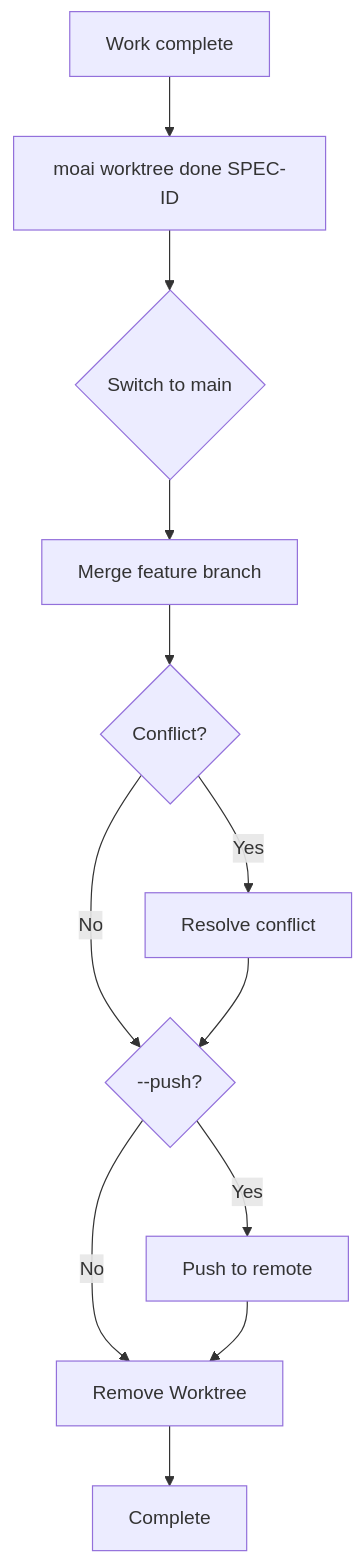
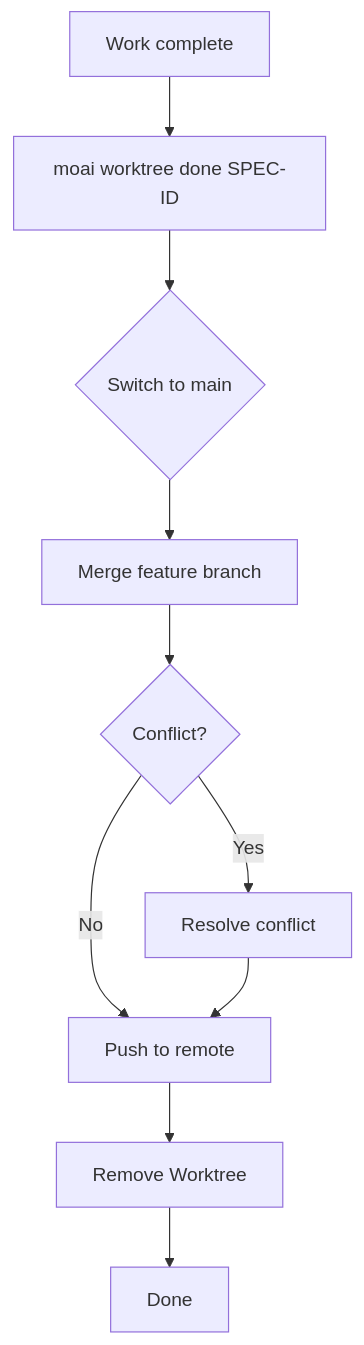
One commit to modu-ai/moai-adk changed the seventh of 10 diagrams in docs-site/content/en/worktree/guide.md. Above: the diagram before and after it, drawn with Mermaid. The commit also changed other lines of this file and 395 other files, not shown here.

````diff
--- a/docs-site/content/en/worktree/guide.md
+++ b/docs-site/content/en/worktree/guide.md
@@ -454,14 +463,12 @@
 ```mermaid
 flowchart TD
     A[Work complete] --> B[moai worktree done SPEC-ID]
     B --> C{Switch to main}
     C --> D[Merge feature branch]
     D --> E{Conflict?}
     E -->|Yes| F[Resolve conflict]
-    E -->|No| G{--push?}
+    E -->|No| G[Push to remote]
     F --> G
-    G -->|Yes| H[Push to remote]
-    G -->|No| I[Remove Worktree]
-    H --> I
-    I --> J[Complete]
+    G --> H[Remove Worktree]
+    H --> I[Done]
 ```
````
